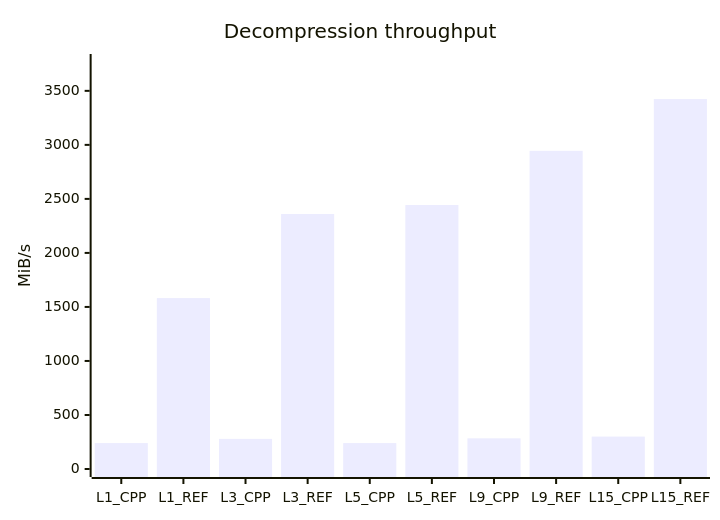
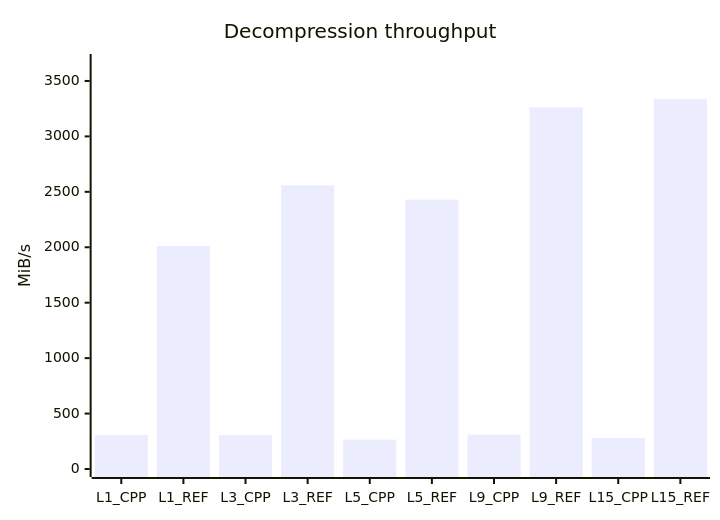
Before and after one commit to mheyman/zstdpp: the fifth of 7 diagrams in README.md, drawn with Mermaid. The commit also changed other lines of this file, not shown here.

````diff
--- a/README.md
+++ b/README.md
@@ -160,7 +178,7 @@
 ```mermaid
 xychart-beta
     title "Decompression throughput"
     x-axis [L1_CPP, L1_REF, L3_CPP, L3_REF, L5_CPP, L5_REF, L9_CPP, L9_REF, L15_CPP, L15_REF]
-    y-axis "MiB/s" 0 --> 3767
-    bar [240, 1582, 279, 2360, 240, 2443, 284, 2945, 300, 3424]
+    y-axis "MiB/s" 0 --> 3671
+    bar [306, 2011, 304, 2558, 265, 2429, 310, 3261, 280, 3337]
 ```
````
